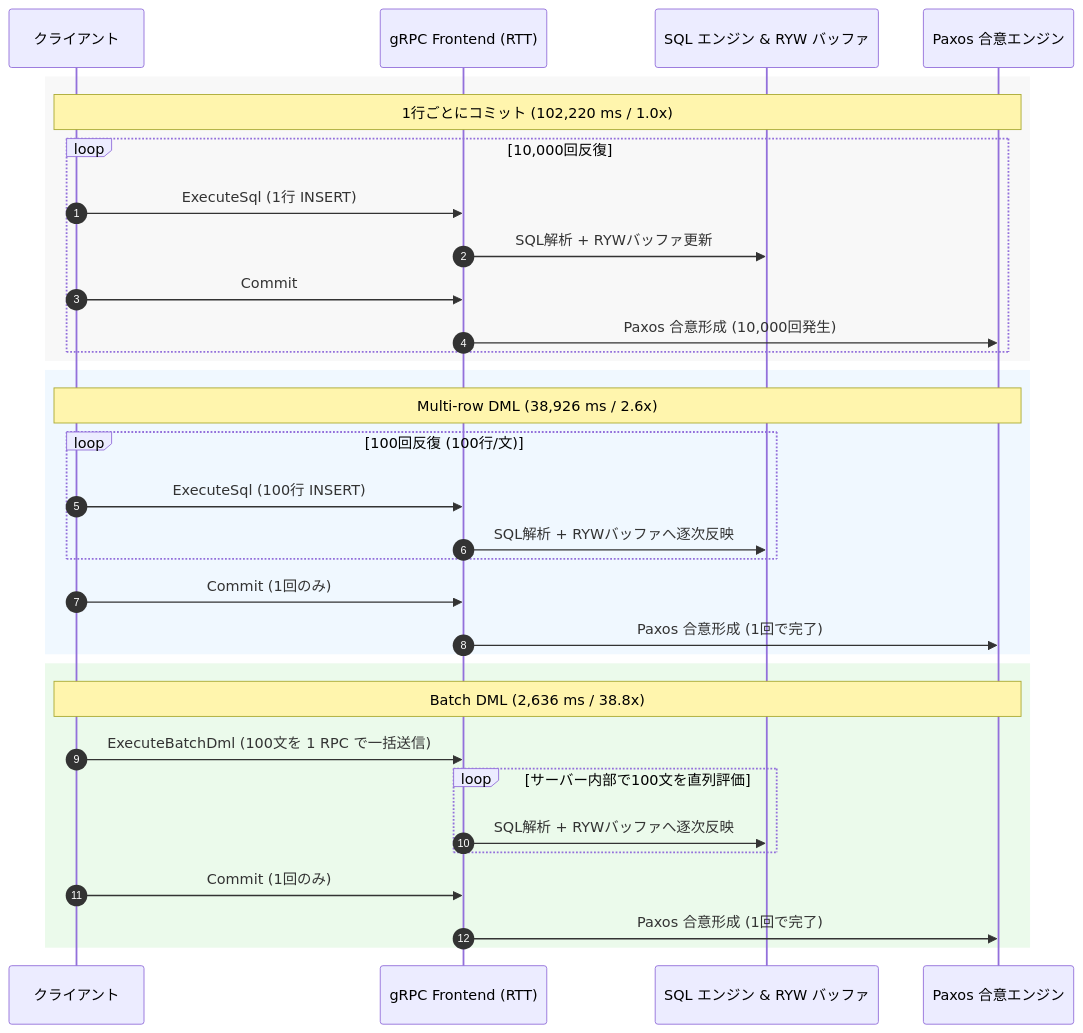
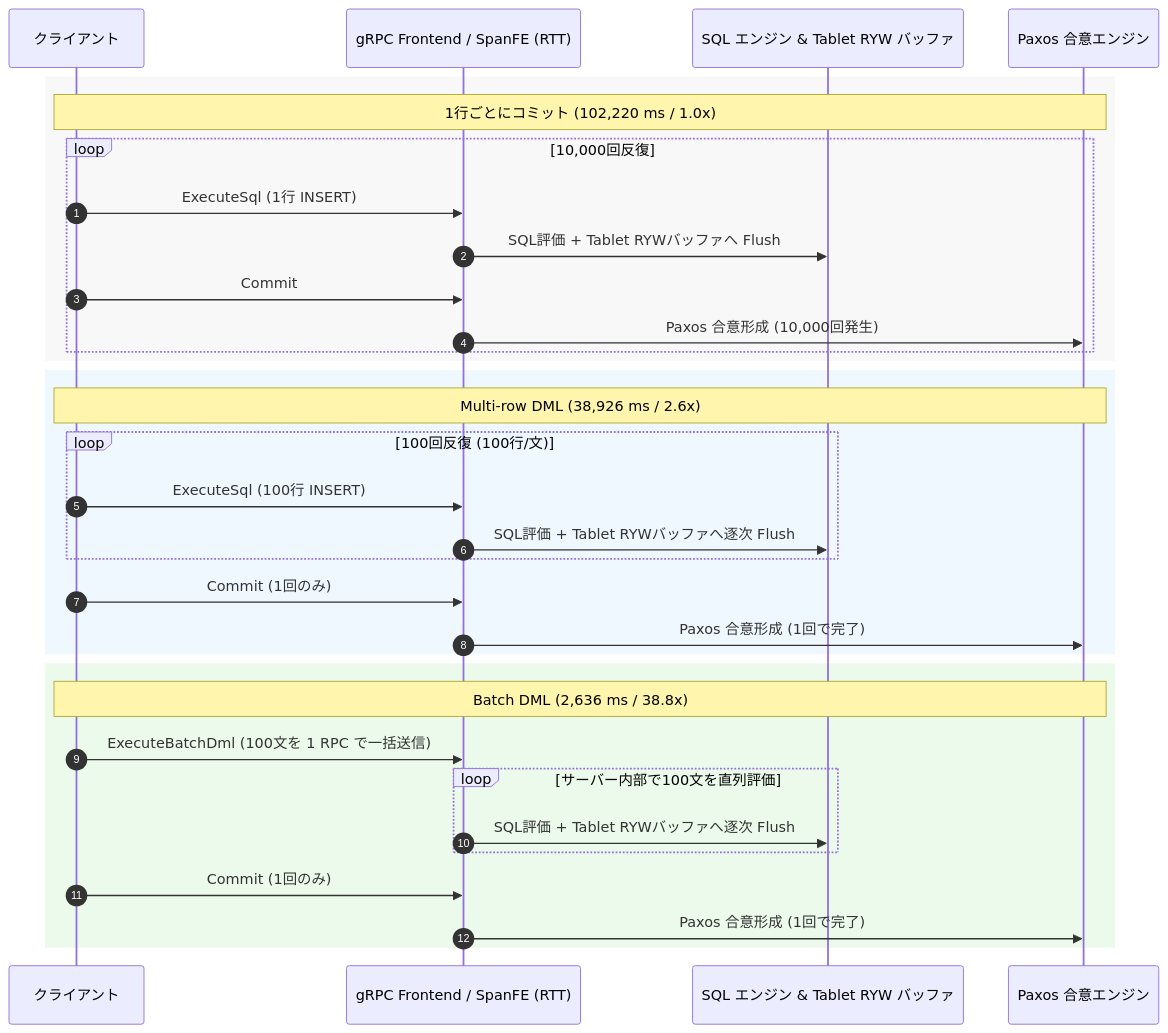
The second of 6 diagrams in articles/7aad16e9b5760d.md (michity15169/zenn-content), drawn with Mermaid before and after one commit. The commit also changed other lines of this file, not shown here.

Commit message:
fix: Spanner バルク書き込み記事の技術的正確性・アーキテクチャ図・サンプルコードの改修

````diff
--- a/articles/7aad16e9b5760d.md
+++ b/articles/7aad16e9b5760d.md
@@ -155,38 +167,38 @@
 ```mermaid
 sequenceDiagram
     autonumber
     participant C as クライアント
-    participant GW as gRPC Frontend (RTT)
-    participant SQL as SQL エンジン & RYW バッファ
+    participant GW as gRPC Frontend / SpanFE (RTT)
+    participant SQL as SQL エンジン & Tablet RYW バッファ
     participant P as Paxos 合意エンジン
 
     rect rgb(248, 248, 248)
     Note over C,P: 1行ごとにコミット (102,220 ms / 1.0x)
     loop 10,000回反復
         C->>GW: ExecuteSql (1行 INSERT)
-        GW->>SQL: SQL解析 + RYWバッファ更新
+        GW->>SQL: SQL評価 + Tablet RYWバッファへ Flush
         C->>GW: Commit
         GW->>P: Paxos 合意形成 (10,000回発生)
     end
     end
 
     rect rgb(240, 248, 255)
     Note over C,P: Multi-row DML (38,926 ms / 2.6x)
     loop 100回反復 (100行/文)
         C->>GW: ExecuteSql (100行 INSERT)
-        GW->>SQL: SQL解析 + RYWバッファへ逐次反映
+        GW->>SQL: SQL評価 + Tablet RYWバッファへ逐次 Flush
     end
     C->>GW: Commit (1回のみ)
     GW->>P: Paxos 合意形成 (1回で完了)
     end
 
     rect rgb(235, 250, 235)
     Note over C,P: Batch DML (2,636 ms / 38.8x)
     C->>GW: ExecuteBatchDml (100文を 1 RPC で一括送信)
     loop サーバー内部で100文を直列評価
-        GW->>SQL: SQL解析 + RYWバッファへ逐次反映
+        GW->>SQL: SQL評価 + Tablet RYWバッファへ逐次 Flush
     end
     C->>GW: Commit (1回のみ)
     GW->>P: Paxos 合意形成 (1回で完了)
     end
 ```
````
